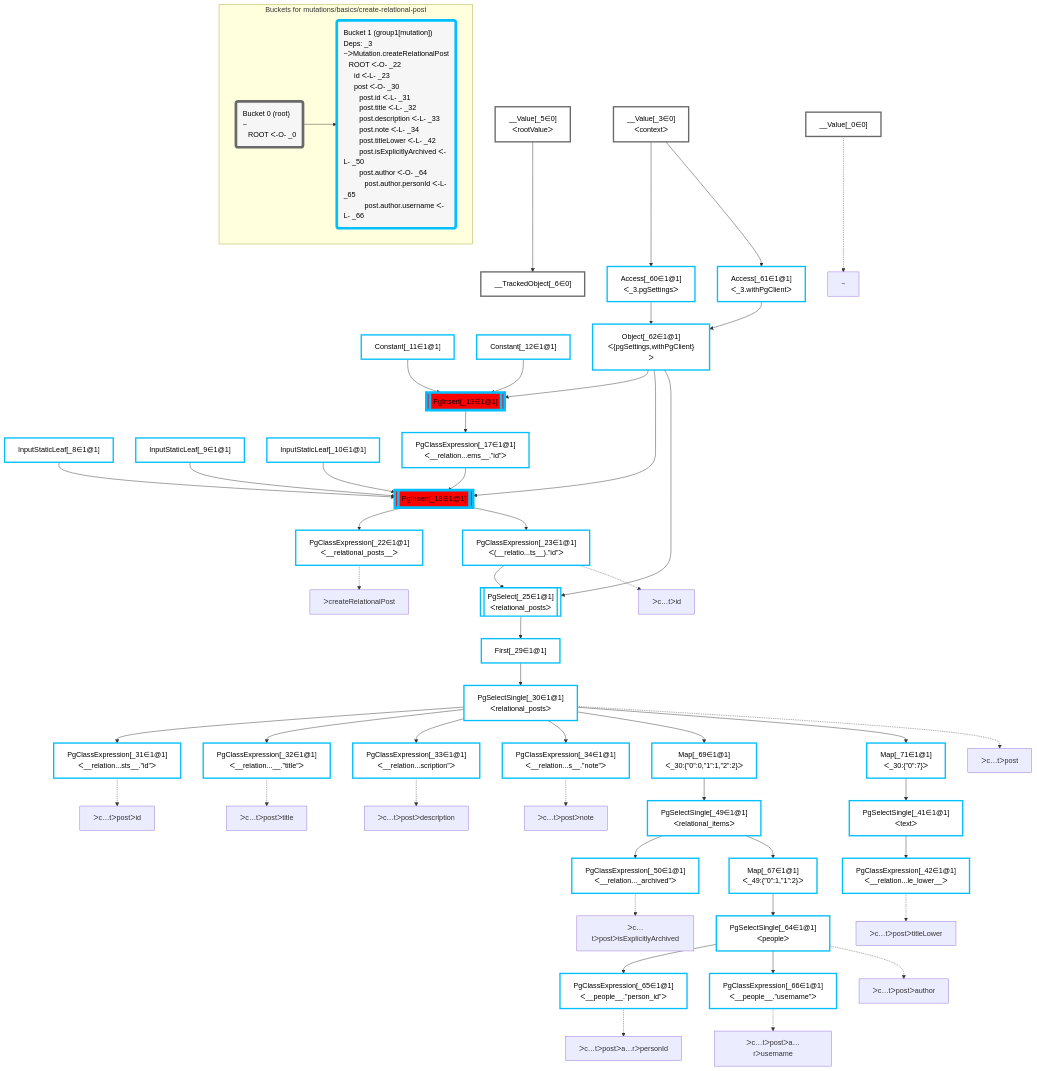
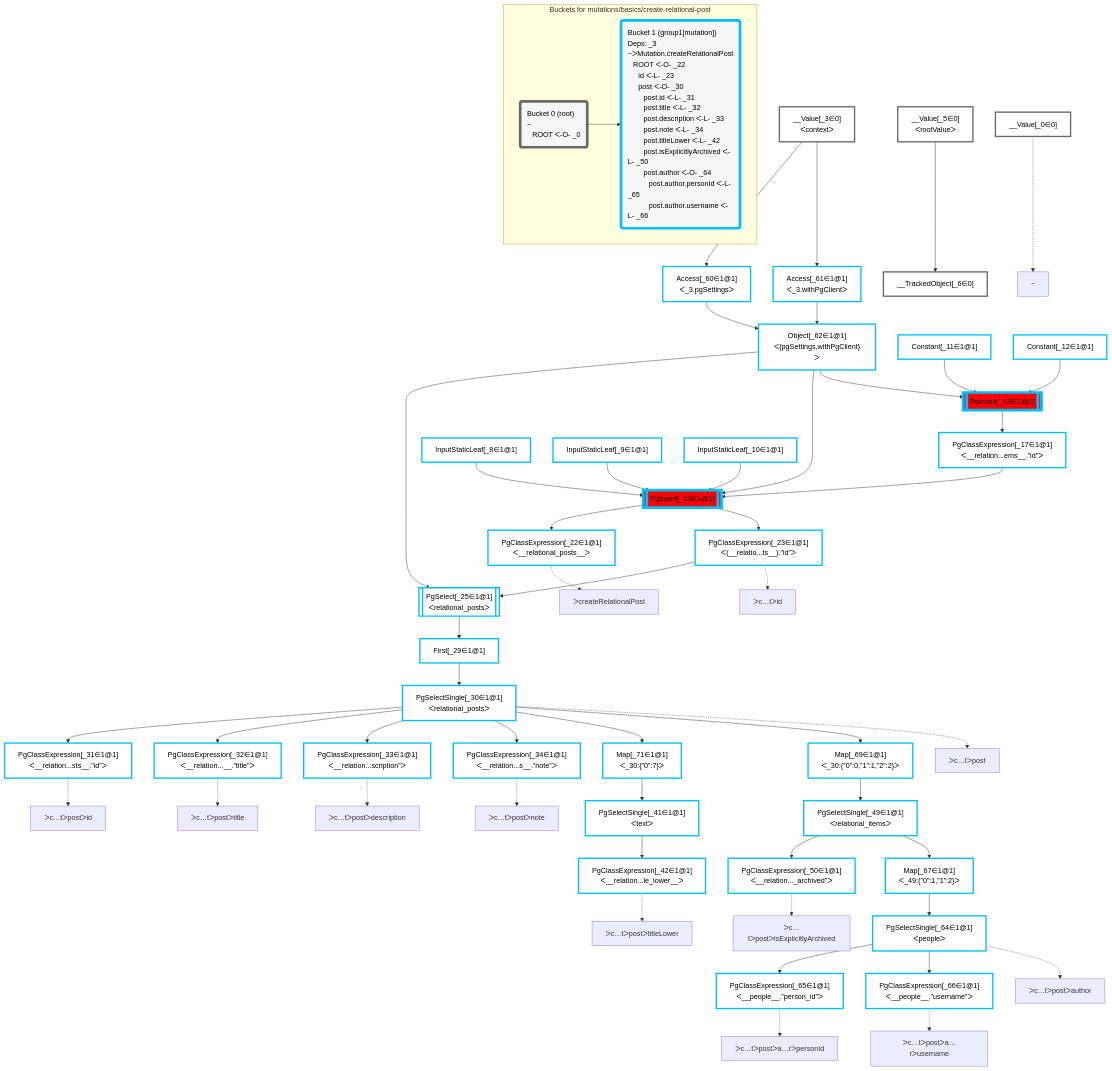
Before and after one commit to graphile/crystal: the diagram in packages/dataplan-pg/__tests__/mutations/basics/create-relational-post.mermaid.md, drawn with Mermaid. The commit also changed other lines of this file and 195 other files, not shown here.

```diff
--- a/packages/dataplan-pg/__tests__/mutations/basics/create-relational-post.mermaid.md
+++ b/packages/dataplan-pg/__tests__/mutations/basics/create-relational-post.mermaid.md
@@ -9,67 +9,67 @@
 
     %% define plans
     __Value_0["__Value[_0∈0]"]:::plan
+    PgClassExpression_22["PgClassExpression[_22∈1@1]<br />ᐸ__relational_posts__ᐳ"]:::plan
+    PgClassExpression_31["PgClassExpression[_31∈1@1]<br />ᐸ__relation...sts__.”id”ᐳ"]:::plan
+    PgClassExpression_32["PgClassExpression[_32∈1@1]<br />ᐸ__relation...__.”title”ᐳ"]:::plan
+    PgClassExpression_33["PgClassExpression[_33∈1@1]<br />ᐸ__relation...scription”ᐳ"]:::plan
+    PgClassExpression_34["PgClassExpression[_34∈1@1]<br />ᐸ__relation...s__.”note”ᐳ"]:::plan
+    PgClassExpression_42["PgClassExpression[_42∈1@1]<br />ᐸ__relation...le_lower__ᐳ"]:::plan
+    PgSelectSingle_41["PgSelectSingle[_41∈1@1]<br />ᐸtextᐳ"]:::plan
+    Map_71["Map[_71∈1@1]<br />ᐸ_30:{”0”:7}ᐳ"]:::plan
+    PgClassExpression_50["PgClassExpression[_50∈1@1]<br />ᐸ__relation..._archived”ᐳ"]:::plan
+    PgClassExpression_65["PgClassExpression[_65∈1@1]<br />ᐸ__people__.”person_id”ᐳ"]:::plan
+    PgClassExpression_66["PgClassExpression[_66∈1@1]<br />ᐸ__people__.”username”ᐳ"]:::plan
+    PgSelectSingle_64["PgSelectSingle[_64∈1@1]<br />ᐸpeopleᐳ"]:::plan
+    Map_67["Map[_67∈1@1]<br />ᐸ_49:{”0”:1,”1”:2}ᐳ"]:::plan
+    PgSelectSingle_49["PgSelectSingle[_49∈1@1]<br />ᐸrelational_itemsᐳ"]:::plan
+    Map_69["Map[_69∈1@1]<br />ᐸ_30:{”0”:0,”1”:1,”2”:2}ᐳ"]:::plan
+    PgSelectSingle_30["PgSelectSingle[_30∈1@1]<br />ᐸrelational_postsᐳ"]:::plan
+    First_29["First[_29∈1@1]"]:::plan
+    PgSelect_25[["PgSelect[_25∈1@1]<br />ᐸrelational_postsᐳ"]]:::plan
+    PgClassExpression_23["PgClassExpression[_23∈1@1]<br />ᐸ(__relatio...ts__).”id”ᐳ"]:::plan
+    PgInsert_18[["PgInsert[_18∈1@1]"]]:::sideeffectplan
+    PgClassExpression_17["PgClassExpression[_17∈1@1]<br />ᐸ__relation...ems__.”id”ᐳ"]:::plan
+    PgInsert_13[["PgInsert[_13∈1@1]"]]:::sideeffectplan
+    Object_62["Object[_62∈1@1]<br />ᐸ{pgSettings,withPgClient}ᐳ"]:::plan
+    Access_60["Access[_60∈1@1]<br />ᐸ_3.pgSettingsᐳ"]:::plan
+    Access_61["Access[_61∈1@1]<br />ᐸ_3.withPgClientᐳ"]:::plan
     __Value_3["__Value[_3∈0]<br />ᐸcontextᐳ"]:::plan
+    __TrackedObject_6["__TrackedObject[_6∈0]"]:::plan
     __Value_5["__Value[_5∈0]<br />ᐸrootValueᐳ"]:::plan
-    __TrackedObject_6["__TrackedObject[_6∈0]"]:::plan
     InputStaticLeaf_8["InputStaticLeaf[_8∈1@1]"]:::plan
     InputStaticLeaf_9["InputStaticLeaf[_9∈1@1]"]:::plan
     InputStaticLeaf_10["InputStaticLeaf[_10∈1@1]"]:::plan
     Constant_11["Constant[_11∈1@1]"]:::plan
     Constant_12["Constant[_12∈1@1]"]:::plan
-    PgInsert_13[["PgInsert[_13∈1@1]"]]:::sideeffectplan
-    PgClassExpression_17["PgClassExpression[_17∈1@1]<br />ᐸ__relation...ems__.”id”ᐳ"]:::plan
-    PgInsert_18[["PgInsert[_18∈1@1]"]]:::sideeffectplan
-    PgClassExpression_22["PgClassExpression[_22∈1@1]<br />ᐸ__relational_posts__ᐳ"]:::plan
-    PgClassExpression_23["PgClassExpression[_23∈1@1]<br />ᐸ(__relatio...ts__).”id”ᐳ"]:::plan
-    PgSelect_25[["PgSelect[_25∈1@1]<br />ᐸrelational_postsᐳ"]]:::plan
-    First_29["First[_29∈1@1]"]:::plan
-    PgSelectSingle_30["PgSelectSingle[_30∈1@1]<br />ᐸrelational_postsᐳ"]:::plan
-    PgClassExpression_31["PgClassExpression[_31∈1@1]<br />ᐸ__relation...sts__.”id”ᐳ"]:::plan
-    PgClassExpression_32["PgClassExpression[_32∈1@1]<br />ᐸ__relation...__.”title”ᐳ"]:::plan
-    PgClassExpression_33["PgClassExpression[_33∈1@1]<br />ᐸ__relation...scription”ᐳ"]:::plan
-    PgClassExpression_34["PgClassExpression[_34∈1@1]<br />ᐸ__relation...s__.”note”ᐳ"]:::plan
-    PgSelectSingle_41["PgSelectSingle[_41∈1@1]<br />ᐸtextᐳ"]:::plan
-    PgClassExpression_42["PgClassExpression[_42∈1@1]<br />ᐸ__relation...le_lower__ᐳ"]:::plan
-    PgSelectSingle_49["PgSelectSingle[_49∈1@1]<br />ᐸrelational_itemsᐳ"]:::plan
-    PgClassExpression_50["PgClassExpression[_50∈1@1]<br />ᐸ__relation..._archived”ᐳ"]:::plan
-    Access_60["Access[_60∈1@1]<br />ᐸ_3.pgSettingsᐳ"]:::plan
-    Access_61["Access[_61∈1@1]<br />ᐸ_3.withPgClientᐳ"]:::plan
-    Object_62["Object[_62∈1@1]<br />ᐸ{pgSettings,withPgClient}ᐳ"]:::plan
-    PgSelectSingle_64["PgSelectSingle[_64∈1@1]<br />ᐸpeopleᐳ"]:::plan
-    PgClassExpression_65["PgClassExpression[_65∈1@1]<br />ᐸ__people__.”person_id”ᐳ"]:::plan
-    PgClassExpression_66["PgClassExpression[_66∈1@1]<br />ᐸ__people__.”username”ᐳ"]:::plan
-    Map_67["Map[_67∈1@1]<br />ᐸ_49:{”0”:1,”1”:2}ᐳ"]:::plan
-    Map_69["Map[_69∈1@1]<br />ᐸ_30:{”0”:0,”1”:1,”2”:2}ᐳ"]:::plan
-    Map_71["Map[_71∈1@1]<br />ᐸ_30:{”0”:7}ᐳ"]:::plan
 
     %% plan dependencies
-    __Value_5 --> __TrackedObject_6
-    Object_62 & Constant_11 & Constant_12 --> PgInsert_13
-    PgInsert_13 --> PgClassExpression_17
-    Object_62 & PgClassExpression_17 & InputStaticLeaf_8 & InputStaticLeaf_9 & InputStaticLeaf_10 --> PgInsert_18
     PgInsert_18 --> PgClassExpression_22
-    PgInsert_18 --> PgClassExpression_23
-    Object_62 & PgClassExpression_23 --> PgSelect_25
-    PgSelect_25 --> First_29
-    First_29 --> PgSelectSingle_30
     PgSelectSingle_30 --> PgClassExpression_31
     PgSelectSingle_30 --> PgClassExpression_32
     PgSelectSingle_30 --> PgClassExpression_33
     PgSelectSingle_30 --> PgClassExpression_34
+    PgSelectSingle_41 --> PgClassExpression_42
     Map_71 --> PgSelectSingle_41
-    PgSelectSingle_41 --> PgClassExpression_42
+    PgSelectSingle_30 --> Map_71
+    PgSelectSingle_49 --> PgClassExpression_50
+    PgSelectSingle_64 --> PgClassExpression_65
+    PgSelectSingle_64 --> PgClassExpression_66
+    Map_67 --> PgSelectSingle_64
+    PgSelectSingle_49 --> Map_67
     Map_69 --> PgSelectSingle_49
-    PgSelectSingle_49 --> PgClassExpression_50
+    PgSelectSingle_30 --> Map_69
+    First_29 --> PgSelectSingle_30
+    PgSelect_25 --> First_29
+    Object_62 & PgClassExpression_23 --> PgSelect_25
+    PgInsert_18 --> PgClassExpression_23
+    Object_62 & PgClassExpression_17 & InputStaticLeaf_8 & InputStaticLeaf_9 & InputStaticLeaf_10 --> PgInsert_18
+    PgInsert_13 --> PgClassExpression_17
+    Object_62 & Constant_11 & Constant_12 --> PgInsert_13
+    Access_60 & Access_61 --> Object_62
     __Value_3 --> Access_60
     __Value_3 --> Access_61
-    Access_60 & Access_61 --> Object_62
-    Map_67 --> PgSelectSingle_64
-    PgSelectSingle_64 --> PgClassExpression_65
-    PgSelectSingle_64 --> PgClassExpression_66
-    PgSelectSingle_49 --> Map_67
-    PgSelectSingle_30 --> Map_69
-    PgSelectSingle_30 --> Map_71
+    __Value_5 --> __TrackedObject_6
 
     %% plan-to-path relationships
     P_0["~"]
```
